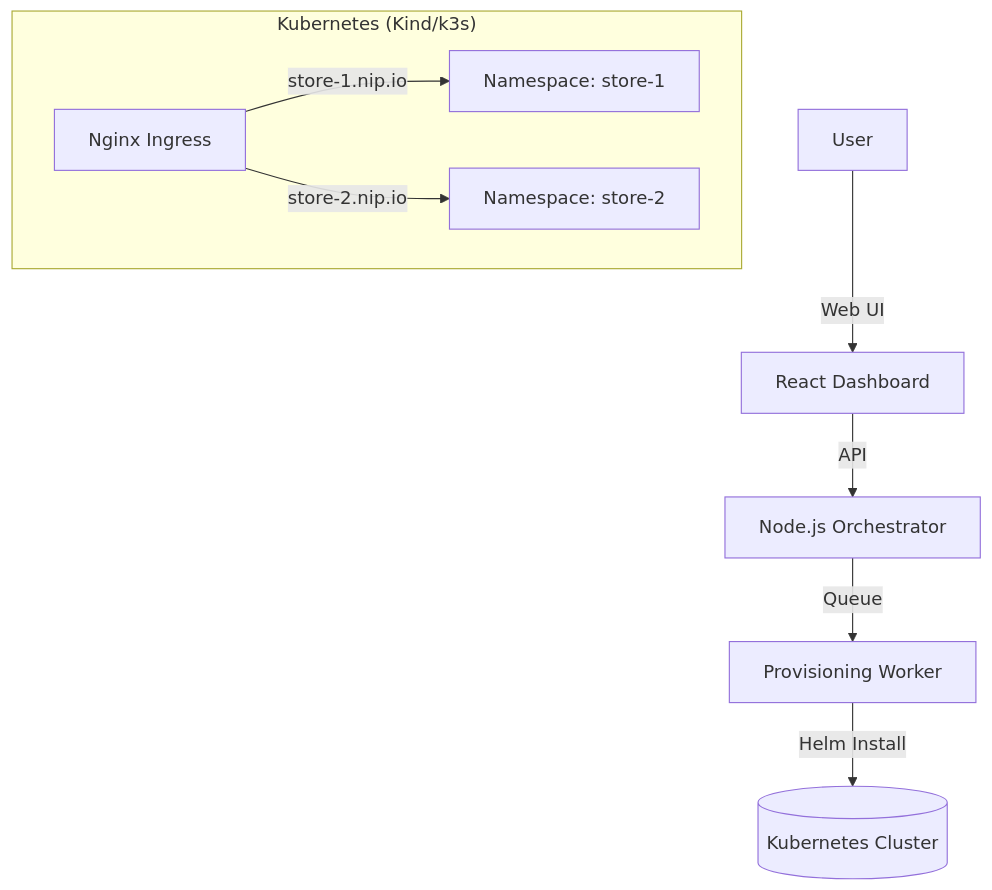
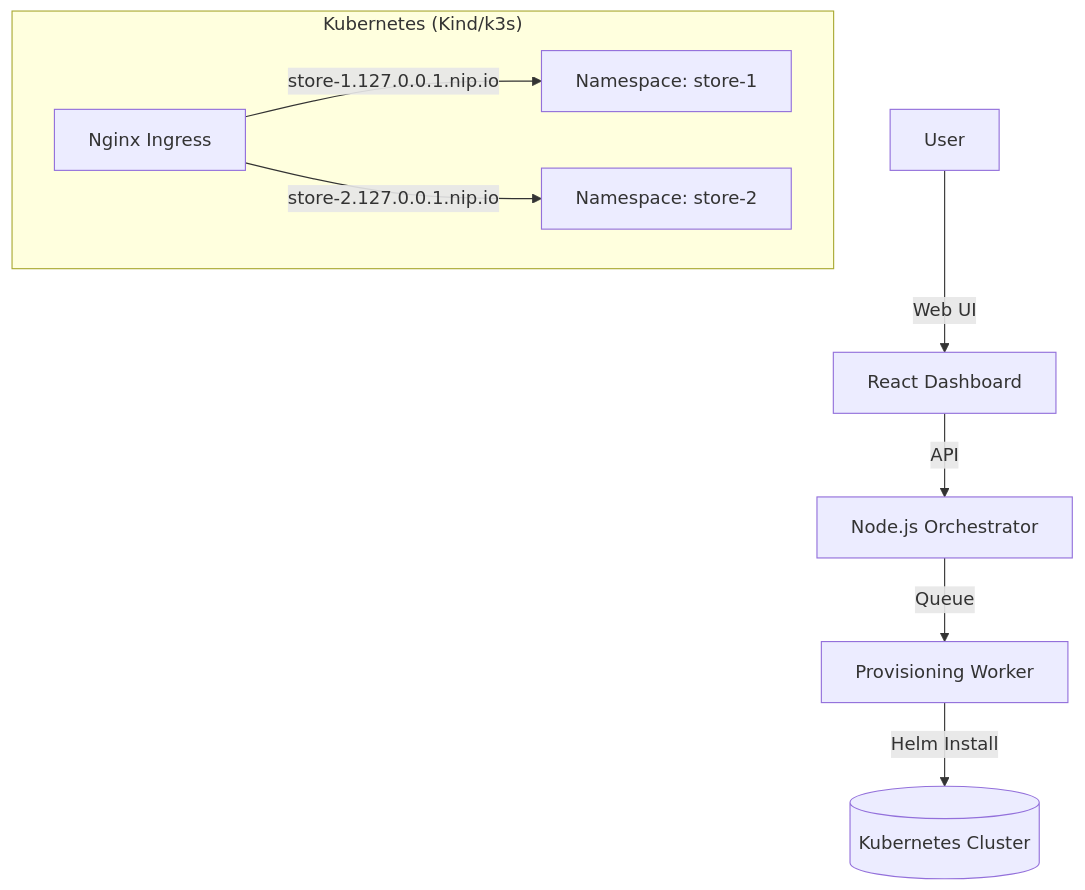
The diagram in README.md (rishiakkala/store-provisioning-platform), drawn with Mermaid before and after one commit. The commit also changed other lines of this file, not shown here.

First line of the commit message:
Revise README for ingress URLs and setup instructions

````diff
--- a/README.md
+++ b/README.md
@@ -31,17 +31,17 @@
 ```mermaid
 graph TD
     User[User] -->|Web UI| Dashboard[React Dashboard]
     Dashboard -->|API| Backend[Node.js Orchestrator]
     Backend -->|Queue| Worker[Provisioning Worker]
     Worker -->|Helm Install| K8s[(Kubernetes Cluster)]
     
     subgraph "Kubernetes (Kind/k3s)"
         Ingress[Nginx Ingress]
         
         box1[Namespace: store-1]
         box2[Namespace: store-2]
         
-        Ingress -->|store-1.nip.io| box1
-        Ingress -->|store-2.nip.io| box2
+        Ingress -->|store-1.127.0.0.1.nip.io| box1
+        Ingress -->|store-2.127.0.0.1.nip.io| box2
     end
 ```
````
